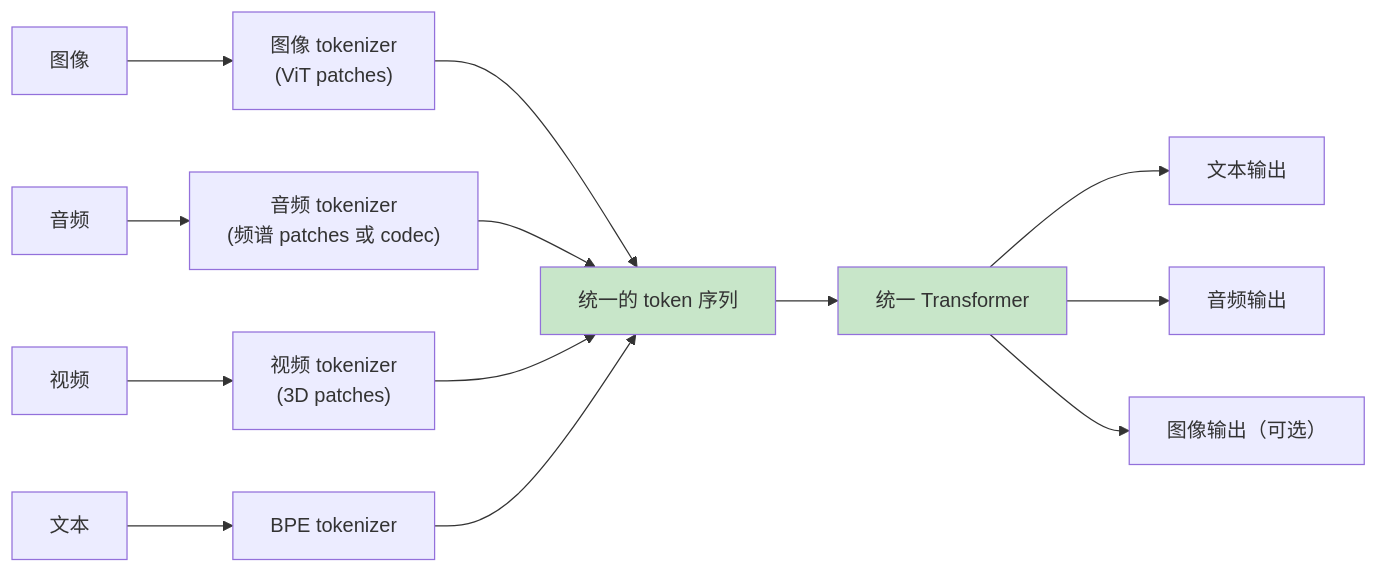
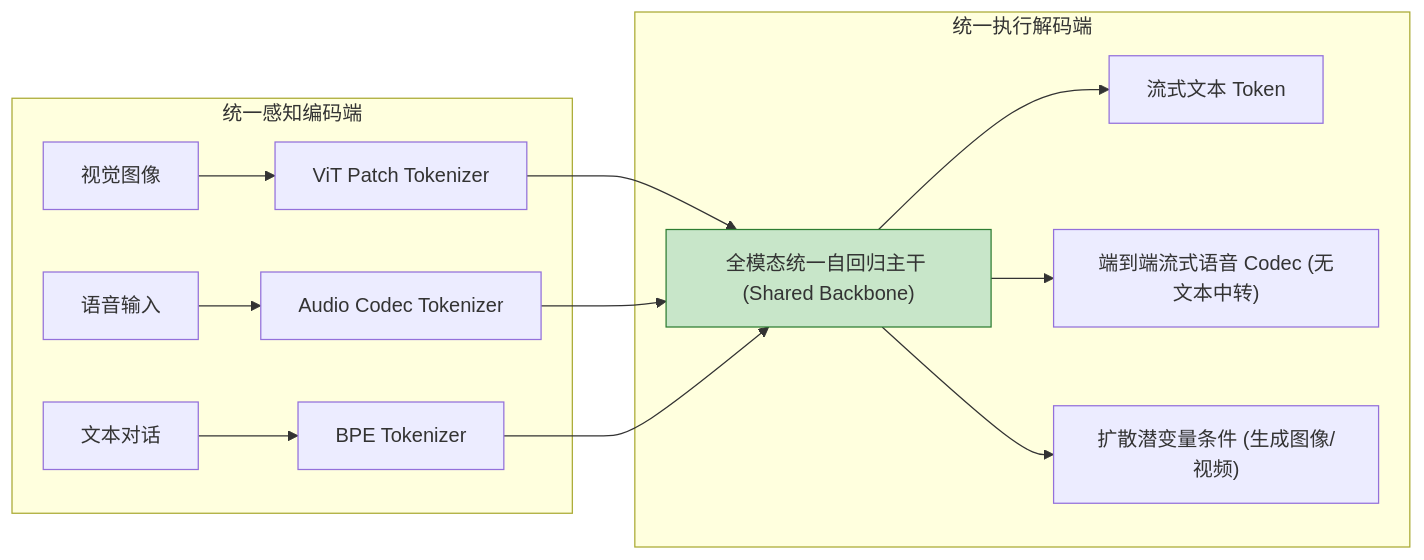
Before and after one commit to yingwang/thinking-in-llm: the sixth of 7 diagrams in chapters/14-multimodal.md, drawn with Mermaid. The commit also changed other lines of this file and 31 other files, not shown here.

````diff
--- a/chapters/14-multimodal.md
+++ b/chapters/14-multimodal.md
@@ -418,20 +179,20 @@
 ```mermaid
 flowchart LR
-    Img["图像"] --> ImgTok["图像 tokenizer<br>(ViT patches)"]
-    Aud["音频"] --> AudTok["音频 tokenizer<br>(频谱 patches 或 codec)"]
-    Vid["视频"] --> VidTok["视频 tokenizer<br>(3D patches)"]
-    Txt["文本"] --> TxtTok["BPE tokenizer"]
+    subgraph 统一多模态输入端["统一感知编码端"]
+        I_In["视觉图像"] --> V_Tok["ViT Patch Tokenizer"]
+        A_In["语音输入"] --> A_Tok["Audio Codec Tokenizer"]
+        T_In["文本对话"] --> T_Tok["BPE Tokenizer"]
+    end
     
-    ImgTok --> Mix["统一的 token 序列"]
-    AudTok --> Mix
-    VidTok --> Mix
-    TxtTok --> Mix
+    V_Tok --> Shared_Transformer["全模态统一自回归主干 (Shared Backbone)"]
+    A_Tok --> Shared_Transformer
+    T_Tok --> Shared_Transformer
     
-    Mix --> Trans["统一 Transformer"]
-    Trans --> OutTxt["文本输出"]
-    Trans --> OutAud["音频输出"]
-    Trans --> OutImg["图像输出（可选）"]
+    subgraph 统一全模态输出端["统一执行解码端"]
+        Shared_Transformer --> T_Out["流式文本 Token"]
+        Shared_Transformer --> A_Out["端到端流式语音 Codec (无文本中转)"]
+        Shared_Transformer --> V_Out["扩散潜变量条件 (生成图像/视频)"]
+    end
     
-    style Mix fill:#c8e6c9
-    style Trans fill:#c8e6c9
+    style Shared_Transformer fill:#c8e6c9,stroke:#2e7d32
 ```
````
